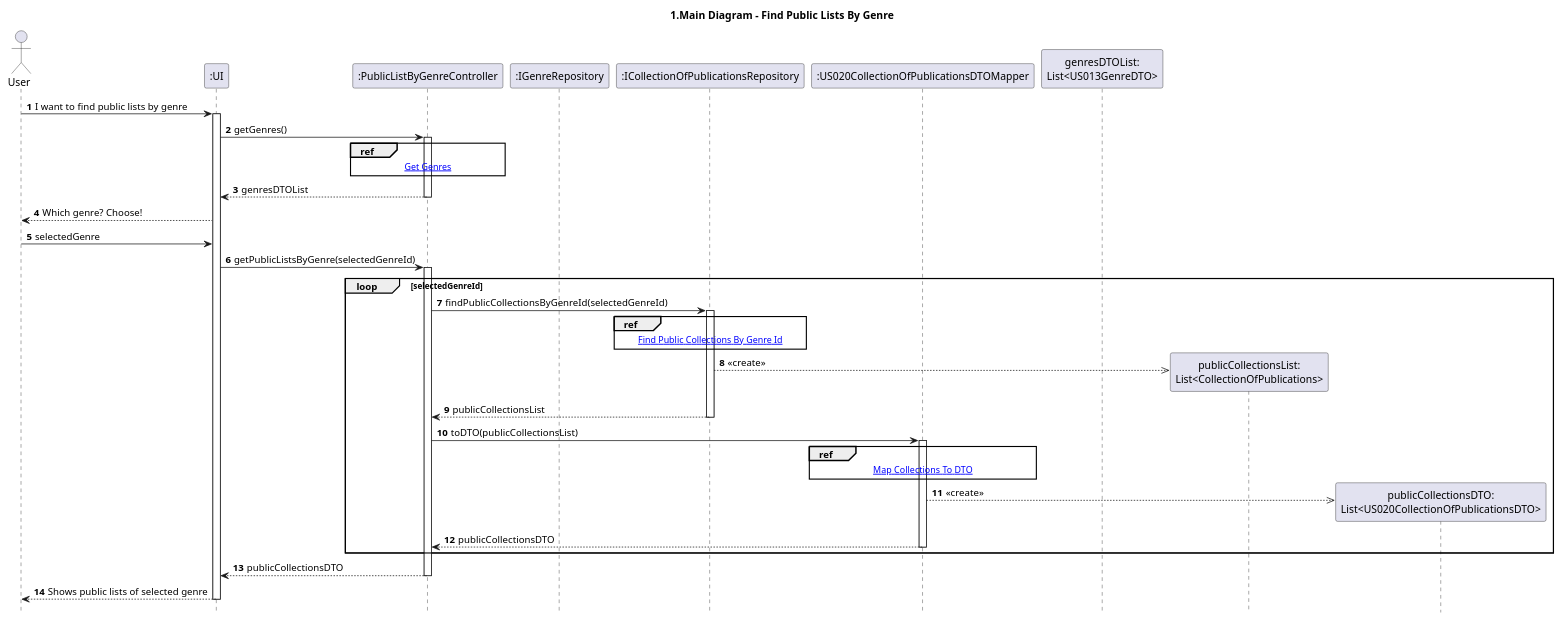
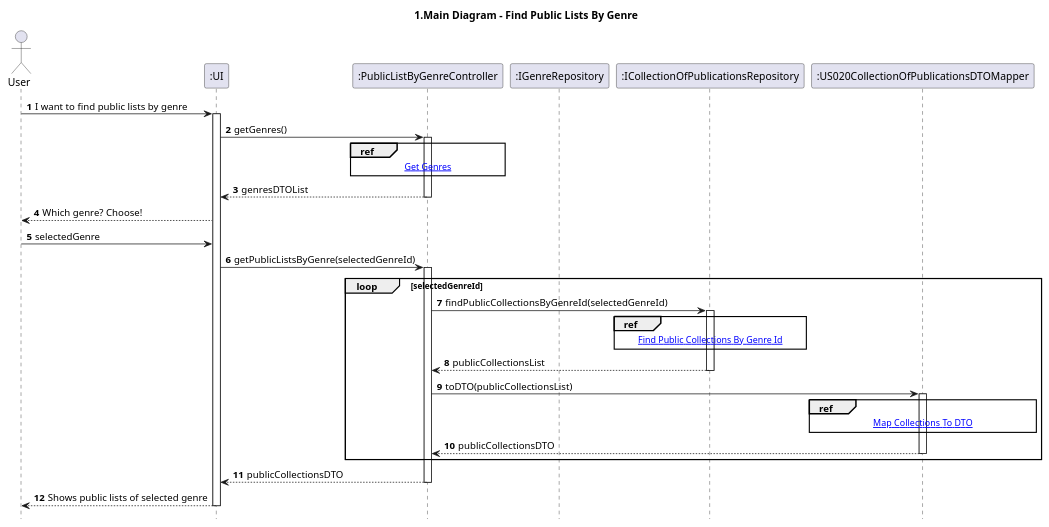
One commit to AndrePereiraGitH/SWitCH-Project-Team_A changed the diagram in Diagrams/SequenceDiagrams/N2/To-get-list-of-public-lists-by-genre/1.MainDiagram.puml. Above: the diagram before and after it, drawn with PlantUML. The commit also changed 3 other files, not shown here.

Commit message:
diagrams: fixed issues with find public lists by genre diagrams #753

```diff
--- a/Diagrams/SequenceDiagrams/N2/To-get-list-of-public-lists-by-genre/1.MainDiagram.puml
+++ b/Diagrams/SequenceDiagrams/N2/To-get-list-of-public-lists-by-genre/1.MainDiagram.puml
@@ -1,78 +1,70 @@
 @startuml
 hide footbox
 autonumber
 
 title 1.Main Diagram - Find Public Lists By Genre
 
 actor User
 
 participant ":UI" as UI
 participant ":PublicListByGenreController" as Ctrl
 
 participant ":IGenreRepository" as genreRepo
 participant ":ICollectionOfPublicationsRepository" as collectionRepo
 participant ":US020CollectionOfPublicationsDTOMapper" as collectionMapper
-
-participant "genresDTOList:\nList<US013GenreDTO>" as genresDTOList
-participant "publicCollectionsList:\nList<CollectionOfPublications>" as publicCollectionsList
-participant "publicCollectionsDTO:\nList<US020CollectionOfPublicationsDTO>" as publicCollectionsDTO
 
 User -> UI : I want to find public lists by genre
 activate UI
 
 UI -> Ctrl : getGenres()
 activate Ctrl
 
     ref over Ctrl
     [[2.GetGenres.puml Get Genres]]
     end ref
 
 Ctrl --> UI : genresDTOList
 deactivate Ctrl
 
 User <-- UI : Which genre? Choose!
 
 User -> UI : selectedGenre
 UI -> Ctrl : getPublicListsByGenre(selectedGenreId)
 activate Ctrl
 
 loop selectedGenreId
 
     '----- GET PUBLIC COLLECTIONS BY GENRE ---------
 
     Ctrl -> collectionRepo : findPublicCollectionsByGenreId(selectedGenreId)
     activate collectionRepo
 
         ref over collectionRepo
         [[3.FindPublicCollectionsByGenreId.puml Find Public Collections By Genre Id]]
         end ref
 
-        collectionRepo -->> publicCollectionsList ** : <<create>>
-
     collectionRepo --> Ctrl : publicCollectionsList
     deactivate collectionRepo
 
     '--------- CONVERT TO DTO -----------------
 
     Ctrl -> collectionMapper : toDTO(publicCollectionsList)
     activate collectionMapper
 
         ref over collectionMapper
         [[4.MapCollectionsToDTO.puml Map Collections To DTO]]
         end ref
-
-        collectionMapper -->> publicCollectionsDTO ** : <<create>>
 
     collectionMapper --> Ctrl : publicCollectionsDTO
     deactivate collectionMapper
 
 end
 
 Ctrl --> UI : publicCollectionsDTO
 
 deactivate Ctrl
 
 UI --> User : Shows public lists of selected genre
 deactivate UI
 
 @enduml
```
